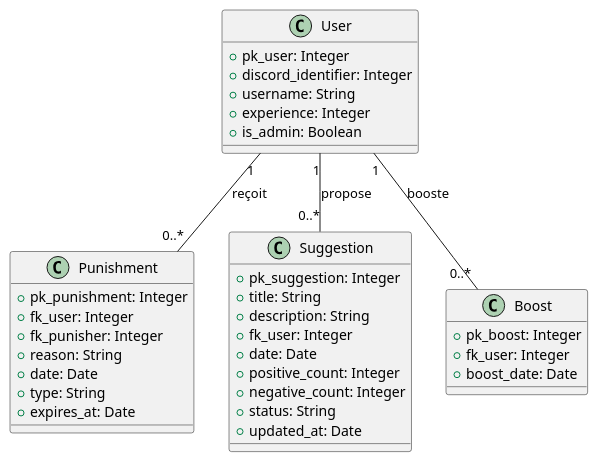
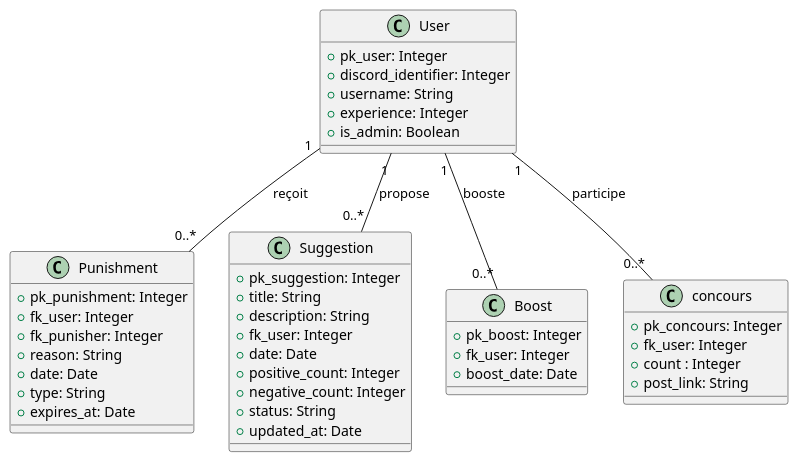
The diagram in database/db.plantuml (colin-reist/LP_Bot), drawn with PlantUML before and after one commit. The commit also changed 3 other files, not shown here.

```diff
--- a/database/db.plantuml
+++ b/database/db.plantuml
@@ -1,43 +1,51 @@
 @startuml db
 
 class User {
     +pk_user: Integer
     +discord_identifier: Integer
     +username: String
     +experience: Integer
     +is_admin: Boolean
 }
 
 class Punishment {
     +pk_punishment: Integer
     +fk_user: Integer
     +fk_punisher: Integer
     +reason: String
     +date: Date
     +type: String
     +expires_at: Date
 }
 
 class Suggestion { 
     +pk_suggestion: Integer
     +title: String
     +description: String
     +fk_user: Integer
     +date: Date
     +positive_count: Integer
     +negative_count: Integer
     +status: String
     +updated_at: Date
 }
 
 class Boost {
     +pk_boost: Integer
     +fk_user: Integer
     +boost_date: Date
 }
 
+class concours {
+    +pk_concours: Integer
+    +fk_user: Integer
+    +count : Integer
+    +post_link: String
+}
+
 User "1" -- "0..*" Punishment : reçoit
 User "1" -- "0..*" Suggestion : propose
 User "1" -- "0..*" Boost : booste
+User "1" -- "0..*" concours : participe
 
 @enduml
```
